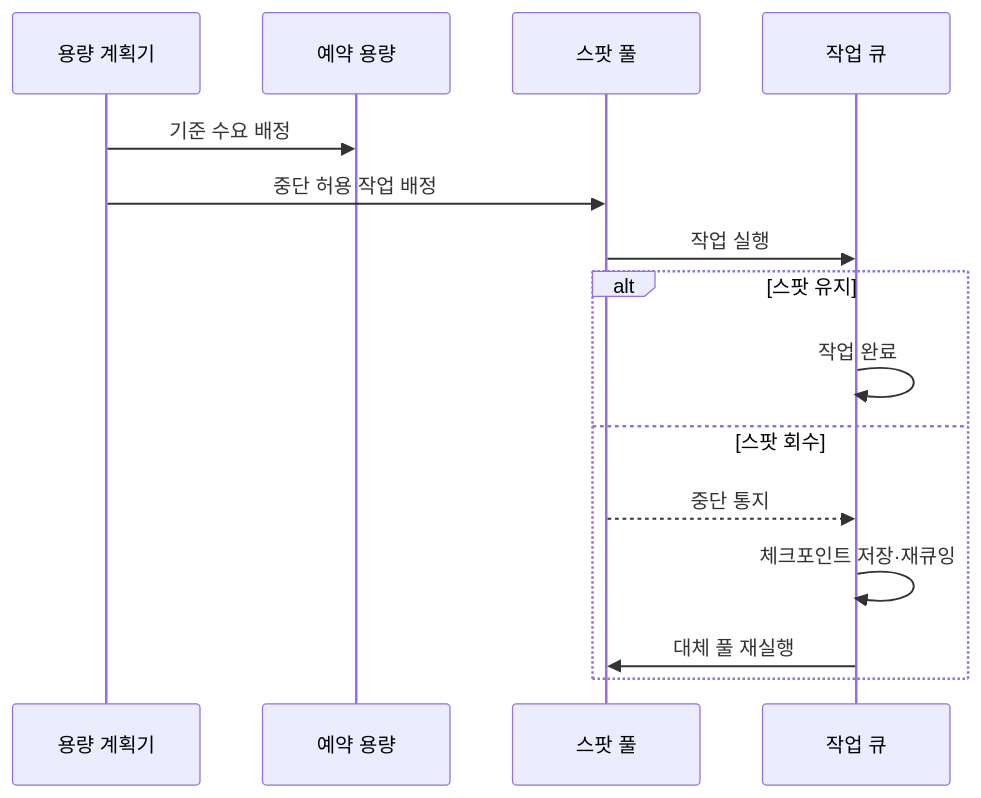
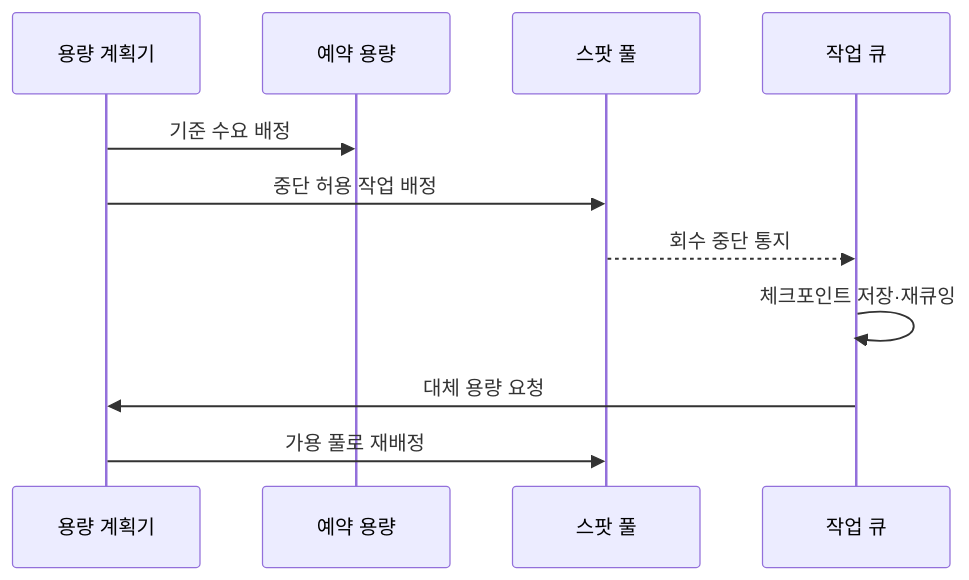
One commit to agnusdei1207/knowledge-base changed the second of 2 diagrams in src/content/docs/notes/03-software/148_reserved_spot_instance.md. Above: the diagram before and after it, drawn with Mermaid. The commit also changed 10 other files, not shown here.

````diff
--- a/src/content/docs/notes/03-software/148_reserved_spot_instance.md
+++ b/src/content/docs/notes/03-software/148_reserved_spot_instance.md
@@ -83,17 +83,13 @@
 ```mermaid
 sequenceDiagram
     participant P as 용량 계획기
     participant R as 예약 용량
     participant S as 스팟 풀
     participant Q as 작업 큐
     P->>R: 기준 수요 배정
     P->>S: 중단 허용 작업 배정
-    S->>Q: 작업 실행
-    alt 스팟 유지
-        Q->>Q: 작업 완료
-    else 스팟 회수
-        S-->>Q: 중단 통지
-        Q->>Q: 체크포인트 저장·재큐잉
-        Q->>S: 대체 풀 재실행
-    end
+    S-->>Q: 회수 중단 통지
+    Q->>Q: 체크포인트 저장·재큐잉
+    Q->>P: 대체 용량 요청
+    P->>S: 가용 풀로 재배정
 ```
````
